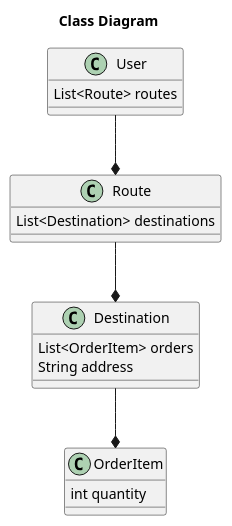
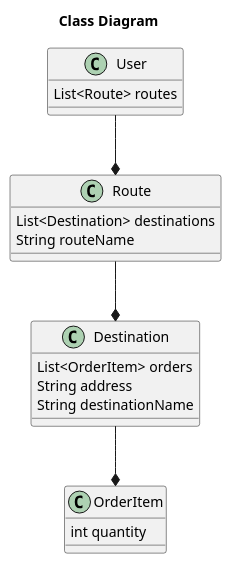
One commit to oyebc/producehero changed the diagram in design/class_diagrams.plantuml. Above: the diagram before and after it, drawn with PlantUML. The commit also changed 1 other file, not shown here.

Commit message:
update design adding name fields to model classes

```diff
--- a/design/class_diagrams.plantuml
+++ b/design/class_diagrams.plantuml
@@ -1,25 +1,26 @@
 @startuml
 title Class Diagram
 class User{
     List<Route> routes
 }
 
 class Route {
     List<Destination> destinations
-
+    String routeName
 }
 
 class Destination{
     List<OrderItem> orders
     String address
+    String destinationName
 }
 
 Class OrderItem {
     int quantity
 }
 
 User --* Route 
 Route --* Destination
 Destination --* OrderItem
 
 @enduml
```
